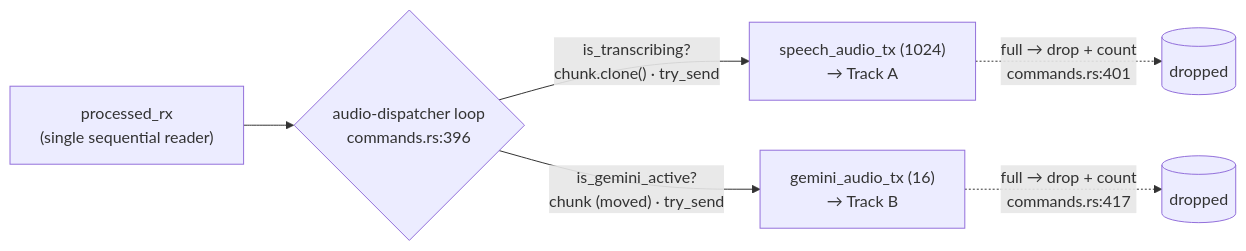
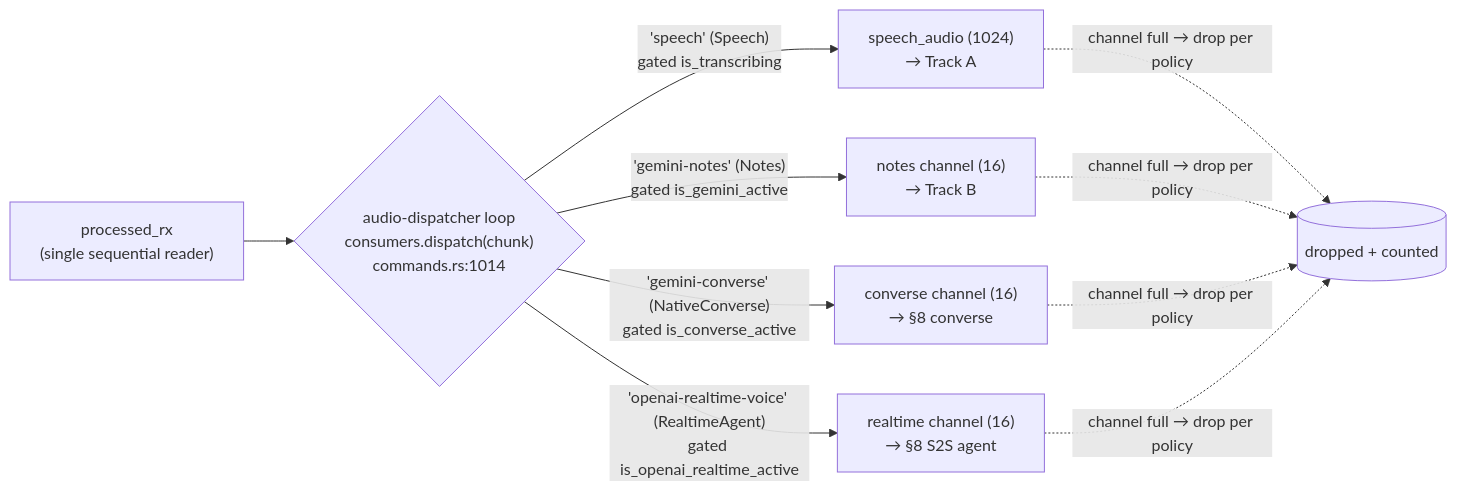
The third of 11 diagrams in docs/DATA_FLOW.md (Codeseys-Labs/audio-graph), drawn with Mermaid before and after one commit. The commit also changed other lines of this file and 2 other files, not shown here.

First line of the commit message:
docs(audio-pipeline): refresh guide + inline docs (seed audio-graph-53a6)

````diff
--- a/docs/DATA_FLOW.md
+++ b/docs/DATA_FLOW.md
@@ -208,8 +235,9 @@
 ```mermaid
 flowchart LR
-    PROC["processed_rx<br/>(single sequential reader)"] --> D{"audio-dispatcher loop<br/>commands.rs:396"}
-    D -->|"is_transcribing?<br/>chunk.clone() · try_send"| SP["speech_audio_tx (1024)<br/>→ Track A"]
-    D -->|"is_gemini_active?<br/>chunk (moved) · try_send"| GM["gemini_audio_tx (16)<br/>→ Track B"]
-    SP -.->|"full → drop + count<br/>commands.rs:401"| DROP1[("dropped")]
-    GM -.->|"full → drop + count<br/>commands.rs:417"| DROP2[("dropped")]
+    PROC["processed_rx<br/>(single sequential reader)"] --> D{"audio-dispatcher loop<br/>consumers.dispatch(chunk)<br/>commands.rs:1014"}
+    D -->|"'speech' (Speech)<br/>gated is_transcribing"| SP["speech_audio (1024)<br/>→ Track A"]
+    D -->|"'gemini-notes' (Notes)<br/>gated is_gemini_active"| GM["notes channel (16)<br/>→ Track B"]
+    D -->|"'gemini-converse' (NativeConverse)<br/>gated is_converse_active"| CV["converse channel (16)<br/>→ §8 converse"]
+    D -->|"'openai-realtime-voice' (RealtimeAgent)<br/>gated is_openai_realtime_active"| RA["realtime channel (16)<br/>→ §8 S2S agent"]
+    SP & GM & CV & RA -.->|"channel full → drop per policy"| DROP[("dropped + counted")]
 ```
````
